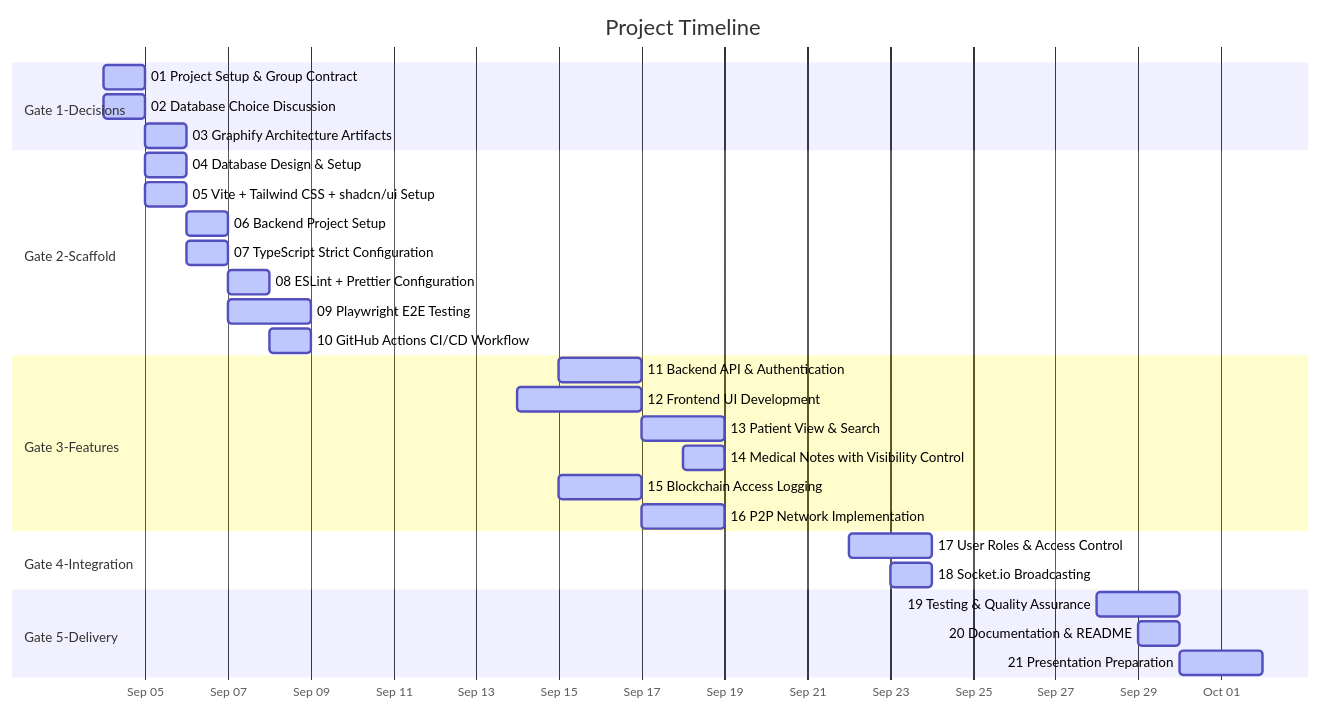
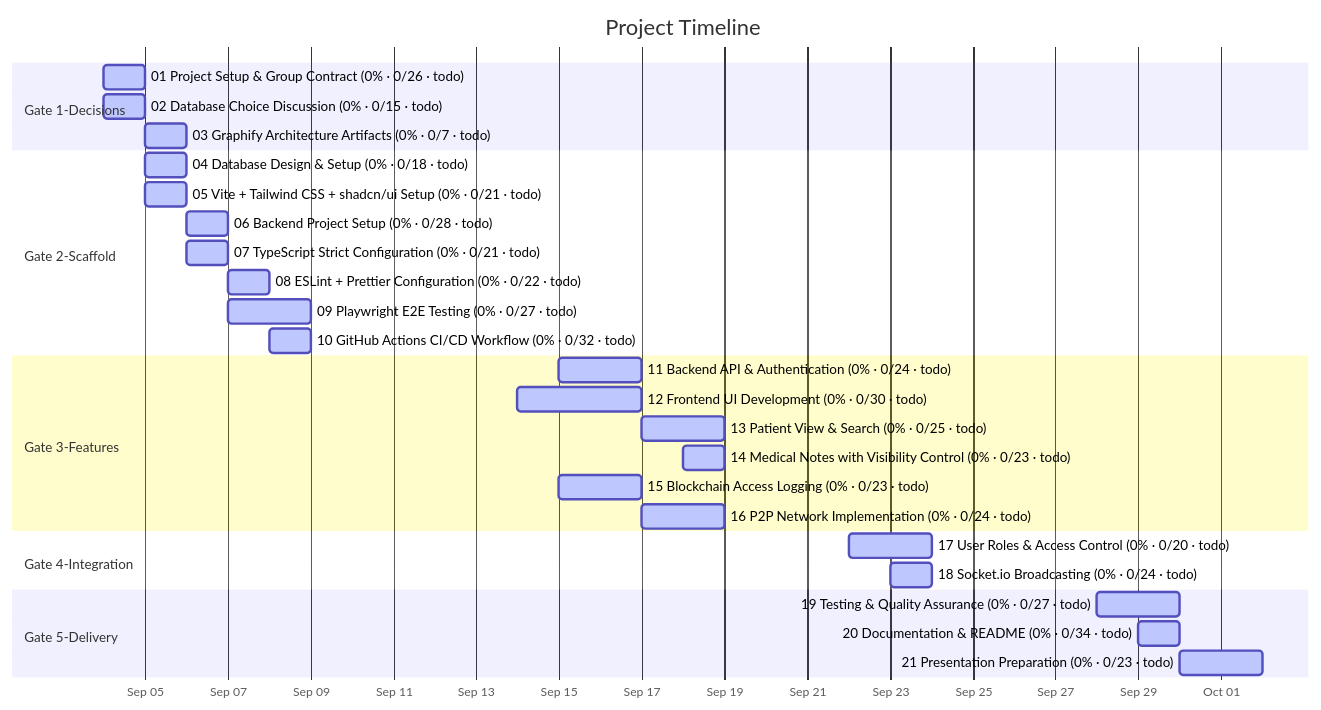
One commit to matdevstamp/inl-3-awesome-journal changed the diagram in docs/diagrams/task-gantt.md. Above: the diagram before and after it, drawn with Mermaid. The commit also changed other lines of this file and 4 other files, not shown here.

````diff
--- a/docs/diagrams/task-gantt.md
+++ b/docs/diagrams/task-gantt.md
@@ -11,33 +25,33 @@
 ```mermaid
 gantt
     title Project Timeline
     dateFormat  YYYY-MM-DD
     axisFormat  %b %d
 
     section Gate 1-Decisions
-    01 Project Setup & Group Contract : active, 2026-09-04, 1d
-    02 Database Choice Discussion : active, 2026-09-04, 1d
-    03 Graphify Architecture Artifacts : active, 2026-09-05, 1d
+    01 Project Setup & Group Contract (0% · 0/26 · todo) : active, 2026-09-04, 1d
+    02 Database Choice Discussion (0% · 0/15 · todo) : active, 2026-09-04, 1d
+    03 Graphify Architecture Artifacts (0% · 0/7 · todo) : active, 2026-09-05, 1d
     section Gate 2-Scaffold
-    04 Database Design & Setup : active, 2026-09-05, 1d
-    05 Vite + Tailwind CSS + shadcn/ui Setup : active, 2026-09-05, 1d
-    06 Backend Project Setup : active, 2026-09-06, 1d
-    07 TypeScript Strict Configuration : active, 2026-09-06, 1d
-    08 ESLint + Prettier Configuration : active, 2026-09-07, 1d
-    09 Playwright E2E Testing : active, 2026-09-07, 2d
-    10 GitHub Actions CI/CD Workflow : active, 2026-09-08, 1d
+    04 Database Design & Setup (0% · 0/18 · todo) : active, 2026-09-05, 1d
+    05 Vite + Tailwind CSS + shadcn/ui Setup (0% · 0/21 · todo) : active, 2026-09-05, 1d
+    06 Backend Project Setup (0% · 0/28 · todo) : active, 2026-09-06, 1d
+    07 TypeScript Strict Configuration (0% · 0/21 · todo) : active, 2026-09-06, 1d
+    08 ESLint + Prettier Configuration (0% · 0/22 · todo) : active, 2026-09-07, 1d
+    09 Playwright E2E Testing (0% · 0/27 · todo) : active, 2026-09-07, 2d
+    10 GitHub Actions CI/CD Workflow (0% · 0/32 · todo) : active, 2026-09-08, 1d
     section Gate 3-Features
-    11 Backend API & Authentication : active, 2026-09-15, 2d
-    12 Frontend UI Development : active, 2026-09-14, 3d
-    13 Patient View & Search : active, 2026-09-17, 2d
-    14 Medical Notes with Visibility Control : active, 2026-09-18, 1d
-    15 Blockchain Access Logging : active, 2026-09-15, 2d
-    16 P2P Network Implementation : active, 2026-09-17, 2d
+    11 Backend API & Authentication (0% · 0/24 · todo) : active, 2026-09-15, 2d
+    12 Frontend UI Development (0% · 0/30 · todo) : active, 2026-09-14, 3d
+    13 Patient View & Search (0% · 0/25 · todo) : active, 2026-09-17, 2d
+    14 Medical Notes with Visibility Control (0% · 0/23 · todo) : active, 2026-09-18, 1d
+    15 Blockchain Access Logging (0% · 0/23 · todo) : active, 2026-09-15, 2d
+    16 P2P Network Implementation (0% · 0/24 · todo) : active, 2026-09-17, 2d
     section Gate 4-Integration
-    17 User Roles & Access Control : active, 2026-09-22, 2d
-    18 Socket.io Broadcasting : active, 2026-09-23, 1d
+    17 User Roles & Access Control (0% · 0/20 · todo) : active, 2026-09-22, 2d
+    18 Socket.io Broadcasting (0% · 0/24 · todo) : active, 2026-09-23, 1d
     section Gate 5-Delivery
-    19 Testing & Quality Assurance : active, 2026-09-28, 2d
-    20 Documentation & README : active, 2026-09-29, 1d
-    21 Presentation Preparation : active, 2026-09-30, 2d
+    19 Testing & Quality Assurance (0% · 0/27 · todo) : active, 2026-09-28, 2d
+    20 Documentation & README (0% · 0/34 · todo) : active, 2026-09-29, 1d
+    21 Presentation Preparation (0% · 0/23 · todo) : active, 2026-09-30, 2d
 ```
````
